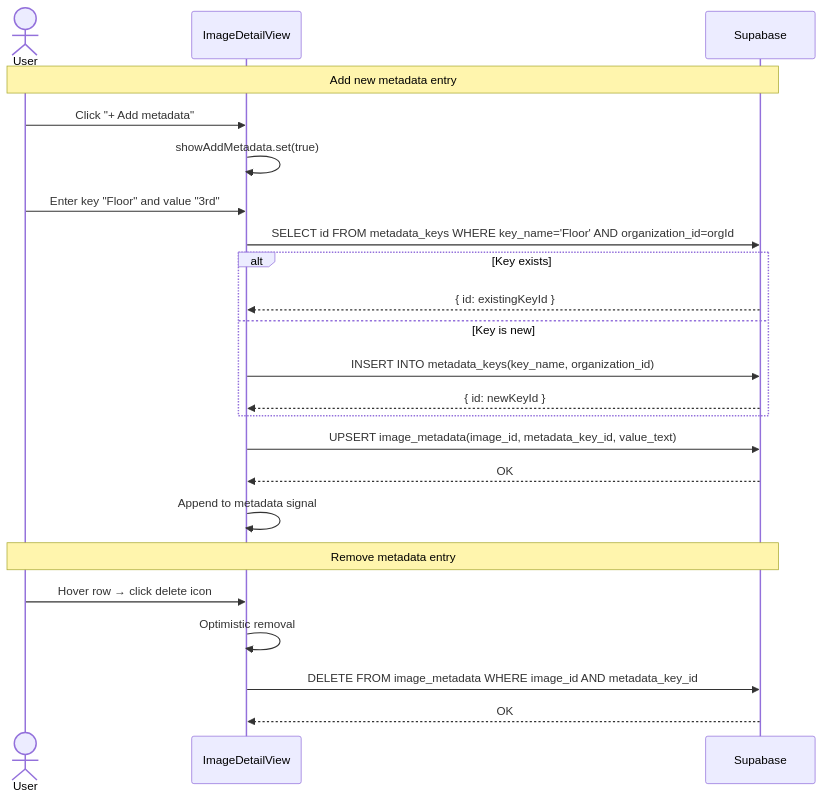
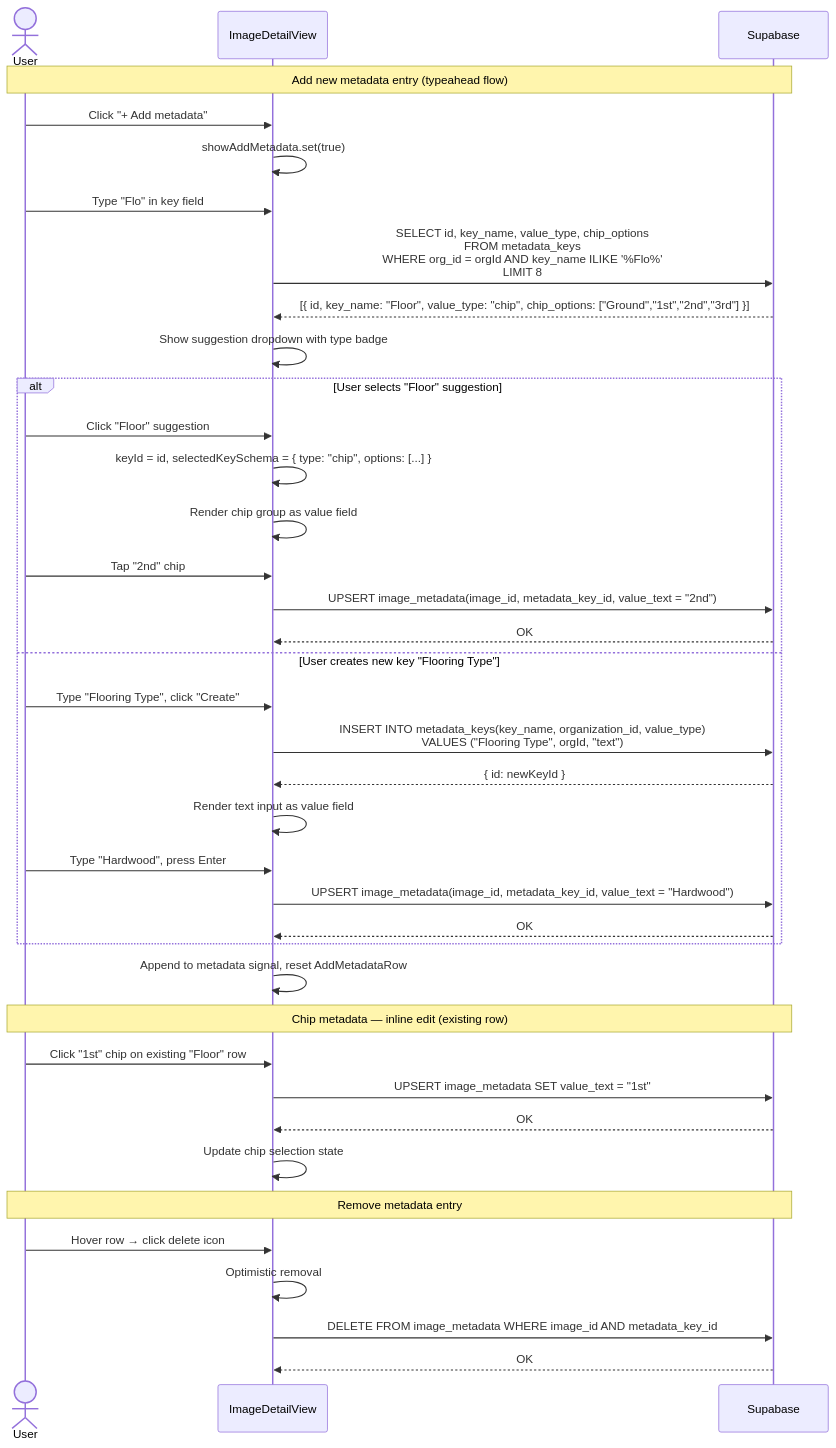
The third of 3 diagrams in docs/element-specs/image-detail-view.md (matkleve/feldpost), drawn with Mermaid before and after one commit. The commit also changed other lines of this file and 15 other files, not shown here.

````diff
--- a/docs/element-specs/image-detail-view.md
+++ b/docs/element-specs/image-detail-view.md
@@ -213,31 +362,49 @@
 ```mermaid
 sequenceDiagram
     actor User
     participant Detail as ImageDetailView
     participant Supabase
 
-    Note over User,Supabase: Add new metadata entry
+    Note over User,Supabase: Add new metadata entry (typeahead flow)
 
     User->>Detail: Click "+ Add metadata"
     Detail->>Detail: showAddMetadata.set(true)
-    User->>Detail: Enter key "Floor" and value "3rd"
 
-    Detail->>Supabase: SELECT id FROM metadata_keys WHERE key_name='Floor' AND organization_id=orgId
-    alt Key exists
-        Supabase-->>Detail: { id: existingKeyId }
-    else Key is new
-        Detail->>Supabase: INSERT INTO metadata_keys(key_name, organization_id)
+    User->>Detail: Type "Flo" in key field
+    Detail->>Supabase: SELECT id, key_name, value_type, chip_options<br/>FROM metadata_keys<br/>WHERE org_id = orgId AND key_name ILIKE '%Flo%'<br/>LIMIT 8
+    Supabase-->>Detail: [{ id, key_name: "Floor", value_type: "chip", chip_options: ["Ground","1st","2nd","3rd"] }]
+    Detail->>Detail: Show suggestion dropdown with type badge
+
+    alt User selects "Floor" suggestion
+        User->>Detail: Click "Floor" suggestion
+        Detail->>Detail: keyId = id, selectedKeySchema = { type: "chip", options: [...] }
+        Detail->>Detail: Render chip group as value field
+        User->>Detail: Tap "2nd" chip
+        Detail->>Supabase: UPSERT image_metadata(image_id, metadata_key_id, value_text = "2nd")
+        Supabase-->>Detail: OK
+    else User creates new key "Flooring Type"
+        User->>Detail: Type "Flooring Type", click "Create"
+        Detail->>Supabase: INSERT INTO metadata_keys(key_name, organization_id, value_type)<br/>VALUES ("Flooring Type", orgId, "text")
         Supabase-->>Detail: { id: newKeyId }
+        Detail->>Detail: Render text input as value field
+        User->>Detail: Type "Hardwood", press Enter
+        Detail->>Supabase: UPSERT image_metadata(image_id, metadata_key_id, value_text = "Hardwood")
+        Supabase-->>Detail: OK
     end
 
-    Detail->>Supabase: UPSERT image_metadata(image_id, metadata_key_id, value_text)
+    Detail->>Detail: Append to metadata signal, reset AddMetadataRow
+
+    Note over User,Supabase: Chip metadata — inline edit (existing row)
+
+    User->>Detail: Click "1st" chip on existing "Floor" row
+    Detail->>Supabase: UPSERT image_metadata SET value_text = "1st"
     Supabase-->>Detail: OK
-    Detail->>Detail: Append to metadata signal
+    Detail->>Detail: Update chip selection state
 
     Note over User,Supabase: Remove metadata entry
 
     User->>Detail: Hover row → click delete icon
     Detail->>Detail: Optimistic removal
     Detail->>Supabase: DELETE FROM image_metadata WHERE image_id AND metadata_key_id
     Supabase-->>Detail: OK
 ```
````
